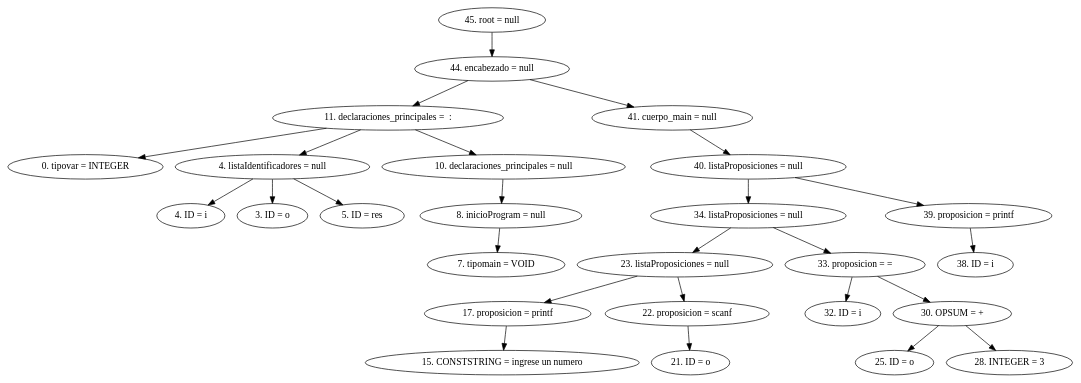
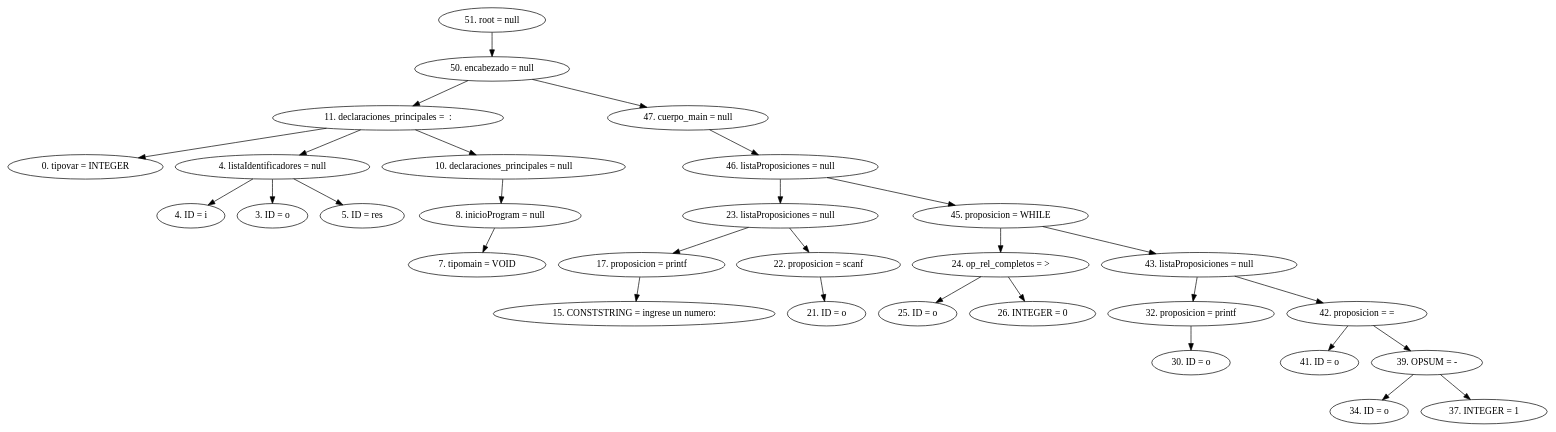
The diagram in src/AST.dot (Luigy08/mini-c), drawn with Graphviz before and after one commit. The commit also changed 5 other files, not shown here.

```diff
--- a/src/AST.dot
+++ b/src/AST.dot
@@ -1,29 +1,33 @@
 digraph G {
-"45. root = null"->"44. encabezado = null"
-"44. encabezado = null"->"11. declaraciones_principales =  : "
+"51. root = null"->"50. encabezado = null"
+"50. encabezado = null"->"11. declaraciones_principales =  : "
 "11. declaraciones_principales =  : "->"0. tipovar = INTEGER"
 "11. declaraciones_principales =  : "->"4. listaIdentificadores = null"
 "4. listaIdentificadores = null"->"4. ID = i"
 "4. listaIdentificadores = null"->"3. ID = o"
 "4. listaIdentificadores = null"->"5. ID = res"
 "11. declaraciones_principales =  : "->"10. declaraciones_principales = null"
 "10. declaraciones_principales = null"->"8. inicioProgram = null"
 "8. inicioProgram = null"->"7. tipomain = VOID"
-"44. encabezado = null"->"41. cuerpo_main = null"
-"41. cuerpo_main = null"->"40. listaProposiciones = null"
-"40. listaProposiciones = null"->"34. listaProposiciones = null"
-"34. listaProposiciones = null"->"23. listaProposiciones = null"
+"50. encabezado = null"->"47. cuerpo_main = null"
+"47. cuerpo_main = null"->"46. listaProposiciones = null"
+"46. listaProposiciones = null"->"23. listaProposiciones = null"
 "23. listaProposiciones = null"->"17. proposicion = printf"
-"17. proposicion = printf"->"15. CONSTSTRING = ingrese un numero"
+"17. proposicion = printf"->"15. CONSTSTRING = ingrese un numero: "
 "23. listaProposiciones = null"->"22. proposicion = scanf"
 "22. proposicion = scanf"->"21. ID = o"
-"34. listaProposiciones = null"->"33. proposicion = ="
-"33. proposicion = ="->"32. ID = i"
-"33. proposicion = ="->"30. OPSUM = +"
-"30. OPSUM = +"->"25. ID = o"
-"30. OPSUM = +"->"28. INTEGER = 3"
-"40. listaProposiciones = null"->"39. proposicion = printf"
-"39. proposicion = printf"->"38. ID = i"
+"46. listaProposiciones = null"->"45. proposicion = WHILE"
+"45. proposicion = WHILE"->"24. op_rel_completos = >"
+"24. op_rel_completos = >"->"25. ID = o"
+"24. op_rel_completos = >"->"26. INTEGER = 0"
+"45. proposicion = WHILE"->"43. listaProposiciones = null"
+"43. listaProposiciones = null"->"32. proposicion = printf"
+"32. proposicion = printf"->"30. ID = o"
+"43. listaProposiciones = null"->"42. proposicion = ="
+"42. proposicion = ="->"41. ID = o"
+"42. proposicion = ="->"39. OPSUM = -"
+"39. OPSUM = -"->"34. ID = o"
+"39. OPSUM = -"->"37. INTEGER = 1"
 
 
 }
```
